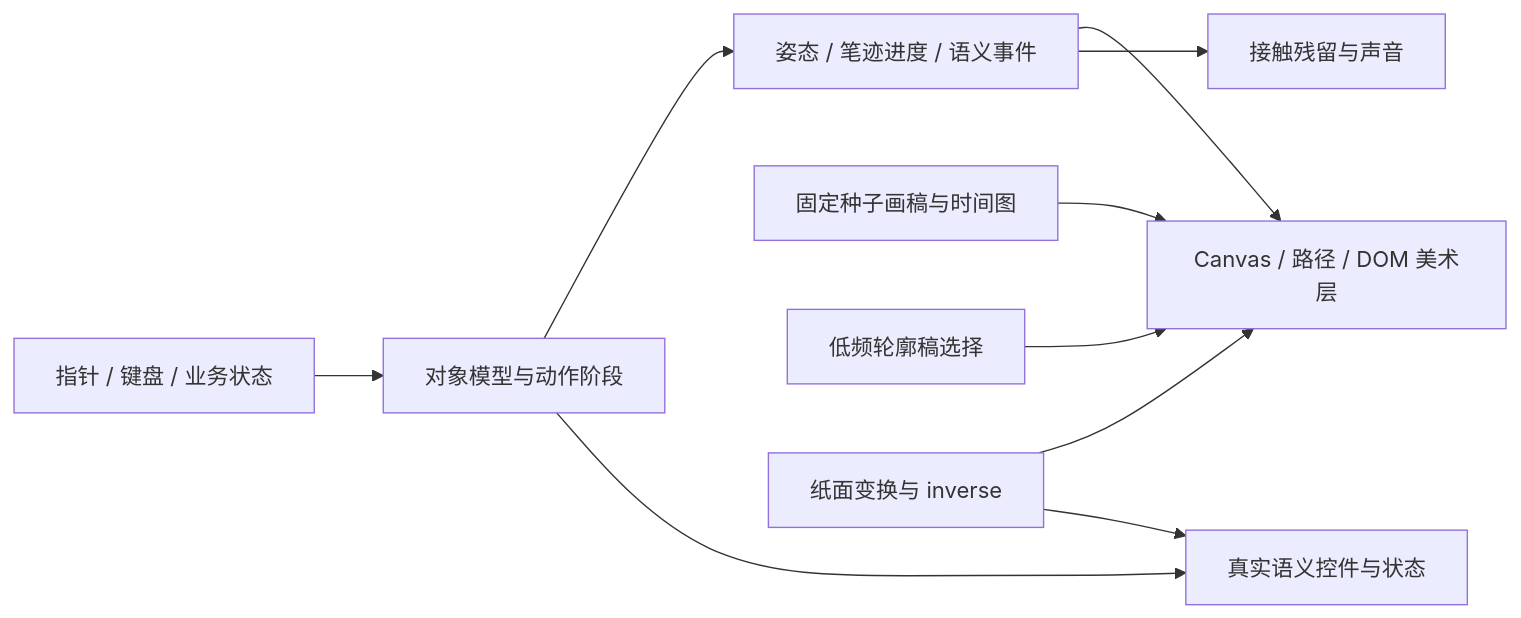
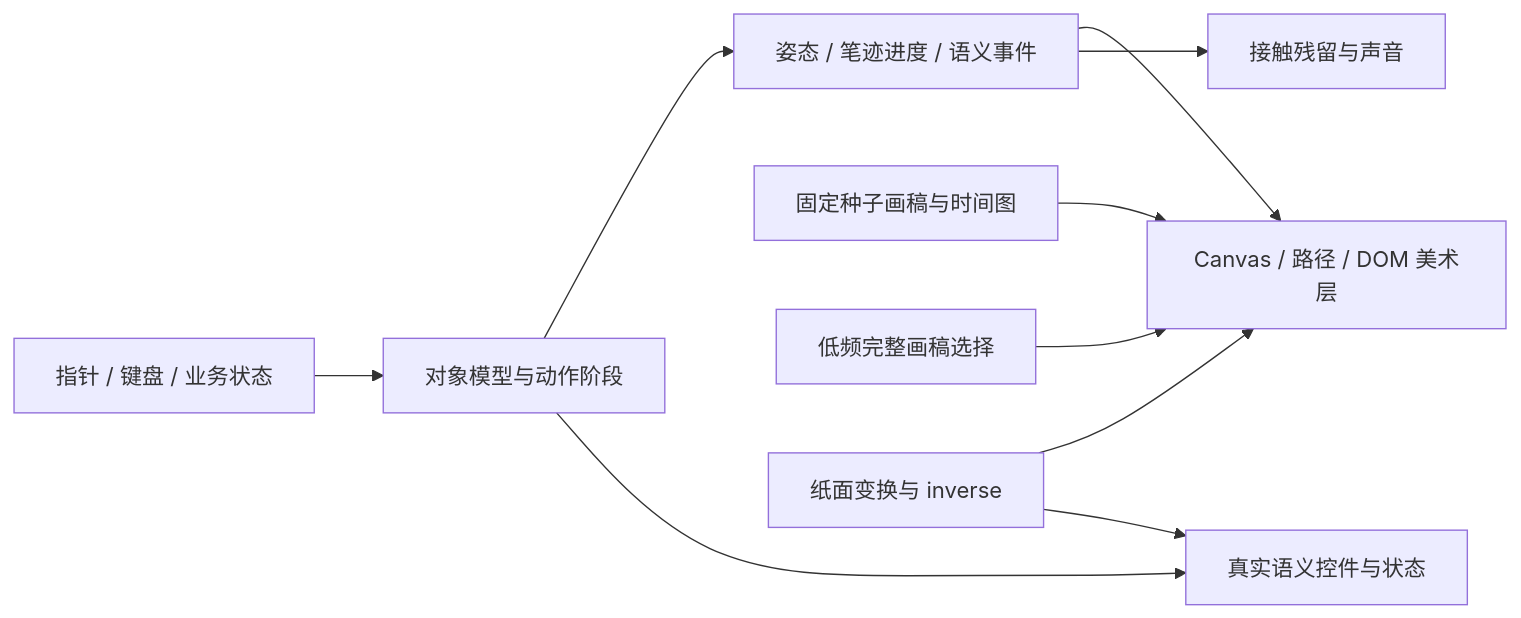
The diagram in docs/ARCHITECTURE.md (Shrimpaste/hand-drawn-ui-lab), drawn with Mermaid before and after one commit. The commit also changed other lines of this file and 20 other files, not shown here.

````diff
--- a/docs/ARCHITECTURE.md
+++ b/docs/ARCHITECTURE.md
@@ -7,12 +7,12 @@
 ```mermaid
 flowchart LR
   I[指针 / 键盘 / 业务状态] --> M[对象模型与动作阶段]
   M --> P[姿态 / 笔迹进度 / 语义事件]
   P --> R[Canvas / 路径 / DOM 美术层]
   P --> F[接触残留与声音]
   M --> D[真实语义控件与状态]
   A[固定种子画稿与时间图] --> R
-  B[低频轮廓稿选择] --> R
+  B[低频完整画稿选择] --> R
   T[纸面变换与 inverse] --> R
   T --> D
 ```
````
